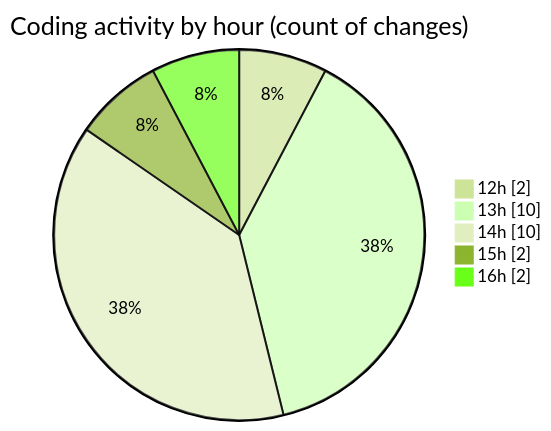
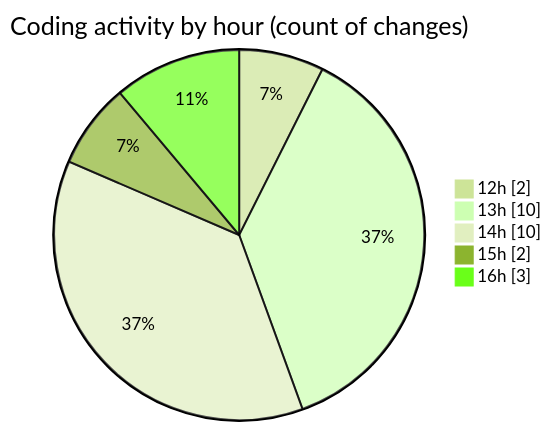
One commit to shibass792/code-tracking changed the second of 2 diagrams in 2026-07-12/untitled__workspace_/README.md. Above: the diagram before and after it, drawn with Mermaid (forest theme). The commit also changed other lines of this file and 1 other file, not shown here.

````diff
--- a/2026-07-12/untitled__workspace_/README.md
+++ b/2026-07-12/untitled__workspace_/README.md
@@ -34,9 +34,9 @@
 ```mermaid
 pie showData
 title Coding activity by hour (count of changes)
 "12h" : 2
 "13h" : 10
 "14h" : 10
 "15h" : 2
-"16h" : 2
+"16h" : 3
 ```
````
